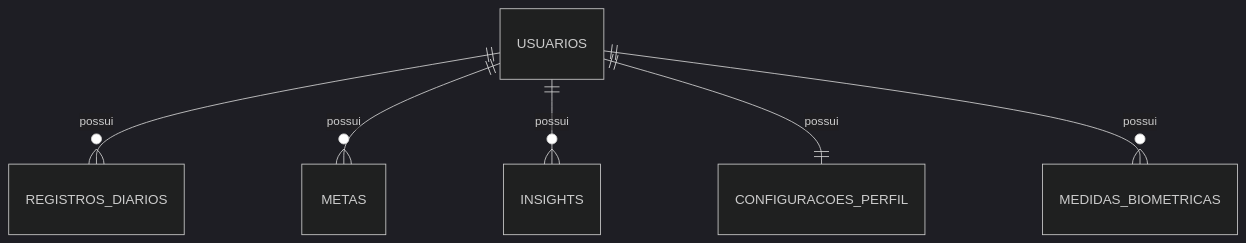
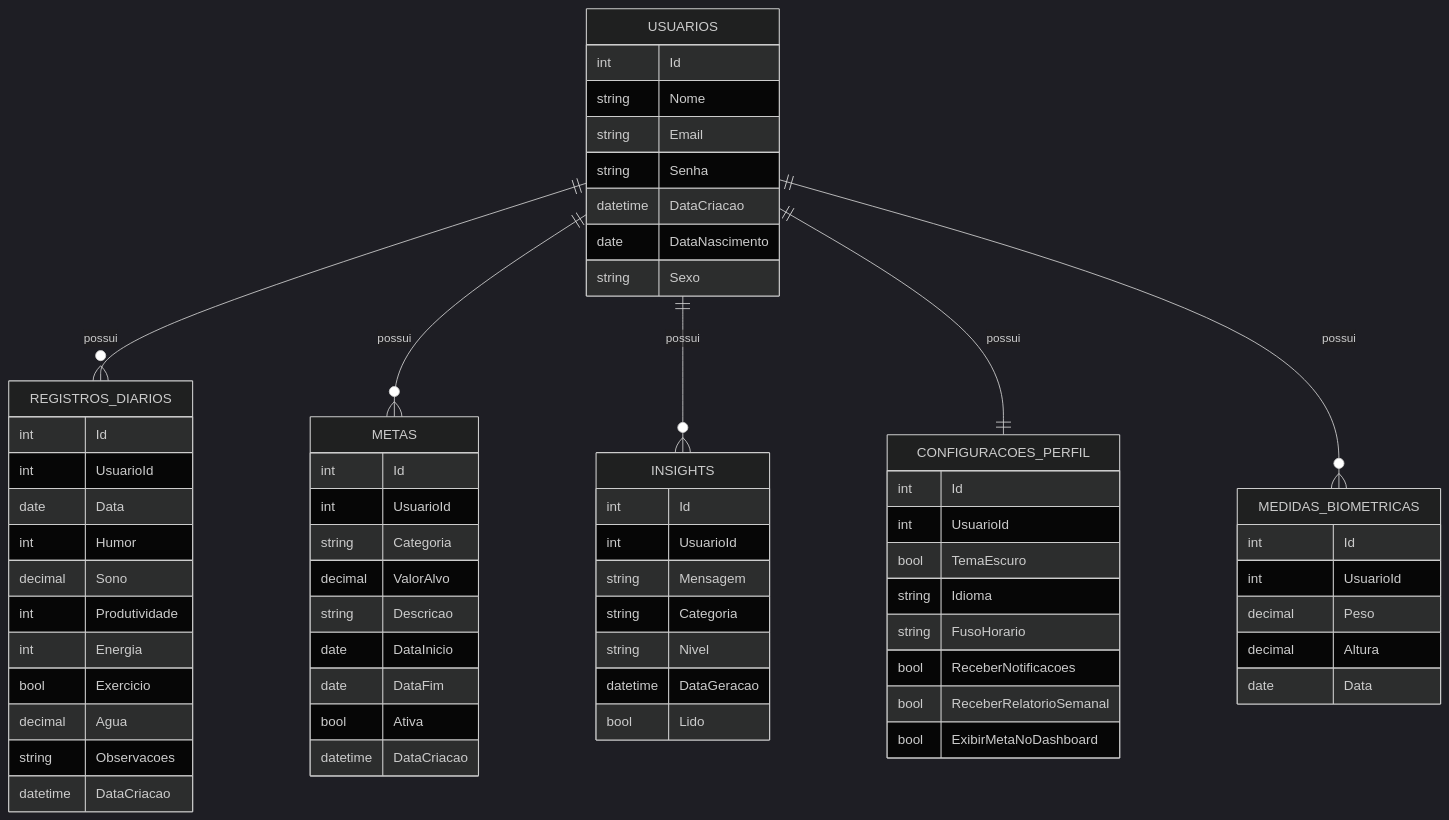
One commit to cidade-felipe/DesenvWebApi changed the diagram in documentation.md. Above: the diagram before and after it, drawn with Mermaid (dark theme).

Commit message:
docs: corrige diagrama mermaid do modelo de dados

````diff
--- a/documentation.md
+++ b/documentation.md
@@ -154,8 +154,73 @@
 ```mermaid
 erDiagram
     USUARIOS ||--o{ REGISTROS_DIARIOS : possui
     USUARIOS ||--o{ METAS : possui
     USUARIOS ||--o{ INSIGHTS : possui
     USUARIOS ||--|| CONFIGURACOES_PERFIL : possui
     USUARIOS ||--o{ MEDIDAS_BIOMETRICAS : possui
+
+    USUARIOS {
+        int Id
+        string Nome
+        string Email
+        string Senha
+        datetime DataCriacao
+        date DataNascimento
+        string Sexo
+    }
+
+    REGISTROS_DIARIOS {
+        int Id
+        int UsuarioId
+        date Data
+        int Humor
+        decimal Sono
+        int Produtividade
+        int Energia
+        bool Exercicio
+        decimal Agua
+        string Observacoes
+        datetime DataCriacao
+    }
+
+    METAS {
+        int Id
+        int UsuarioId
+        string Categoria
+        decimal ValorAlvo
+        string Descricao
+        date DataInicio
+        date DataFim
+        bool Ativa
+        datetime DataCriacao
+    }
+
+    INSIGHTS {
+        int Id
+        int UsuarioId
+        string Mensagem
+        string Categoria
+        string Nivel
+        datetime DataGeracao
+        bool Lido
+    }
+
+    CONFIGURACOES_PERFIL {
+        int Id
+        int UsuarioId
+        bool TemaEscuro
+        string Idioma
+        string FusoHorario
+        bool ReceberNotificacoes
+        bool ReceberRelatorioSemanal
+        bool ExibirMetaNoDashboard
+    }
+
+    MEDIDAS_BIOMETRICAS {
+        int Id
+        int UsuarioId
+        decimal Peso
+        decimal Altura
+        date Data
+    }
 ```
````
